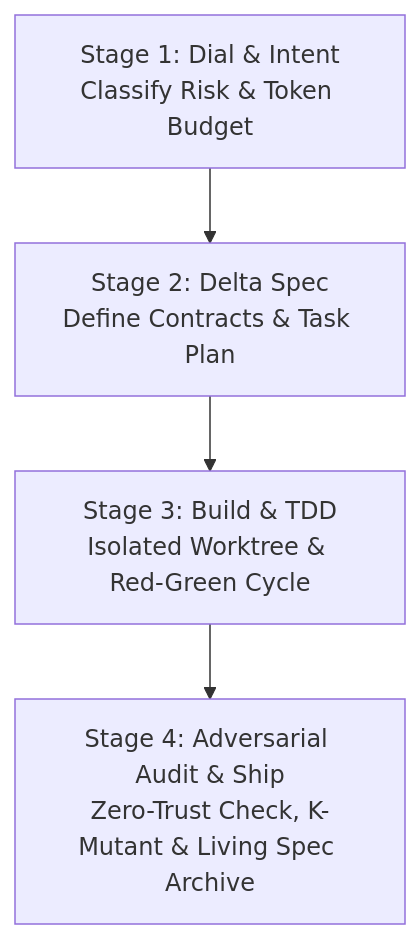
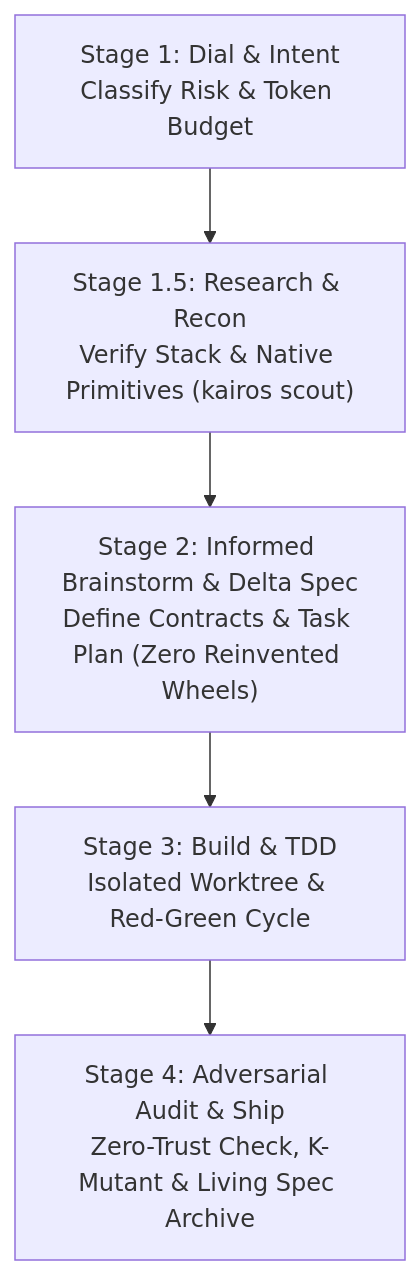
The diagram in skills/kairos-orchestrator/SKILL.md (ismaelsoilet/kairos-framework), drawn with Mermaid before and after one commit. The commit also changed other lines of this file and 4 other files, not shown here.

Commit message:
feat(orchestration): mandate research-first brainstorming to prevent reinventing modern native framework primitives

````diff
--- a/skills/kairos-orchestrator/SKILL.md
+++ b/skills/kairos-orchestrator/SKILL.md
@@ -19,6 +19,7 @@
 ```mermaid
 flowchart TD
-    A["Stage 1: Dial & Intent<br/>Classify Risk & Token Budget"] --> B["Stage 2: Delta Spec<br/>Define Contracts & Task Plan"]
+    A["Stage 1: Dial & Intent<br/>Classify Risk & Token Budget"] --> R["Stage 1.5: Research & Recon<br/>Verify Stack & Native Primitives (kairos scout)"]
+    R --> B["Stage 2: Informed Brainstorm & Delta Spec<br/>Define Contracts & Task Plan (Zero Reinvented Wheels)"]
     B --> C["Stage 3: Build & TDD<br/>Isolated Worktree & Red-Green Cycle"]
     C --> D["Stage 4: Adversarial Audit & Ship<br/>Zero-Trust Check, K-Mutant & Living Spec Archive"]
 ```
````
